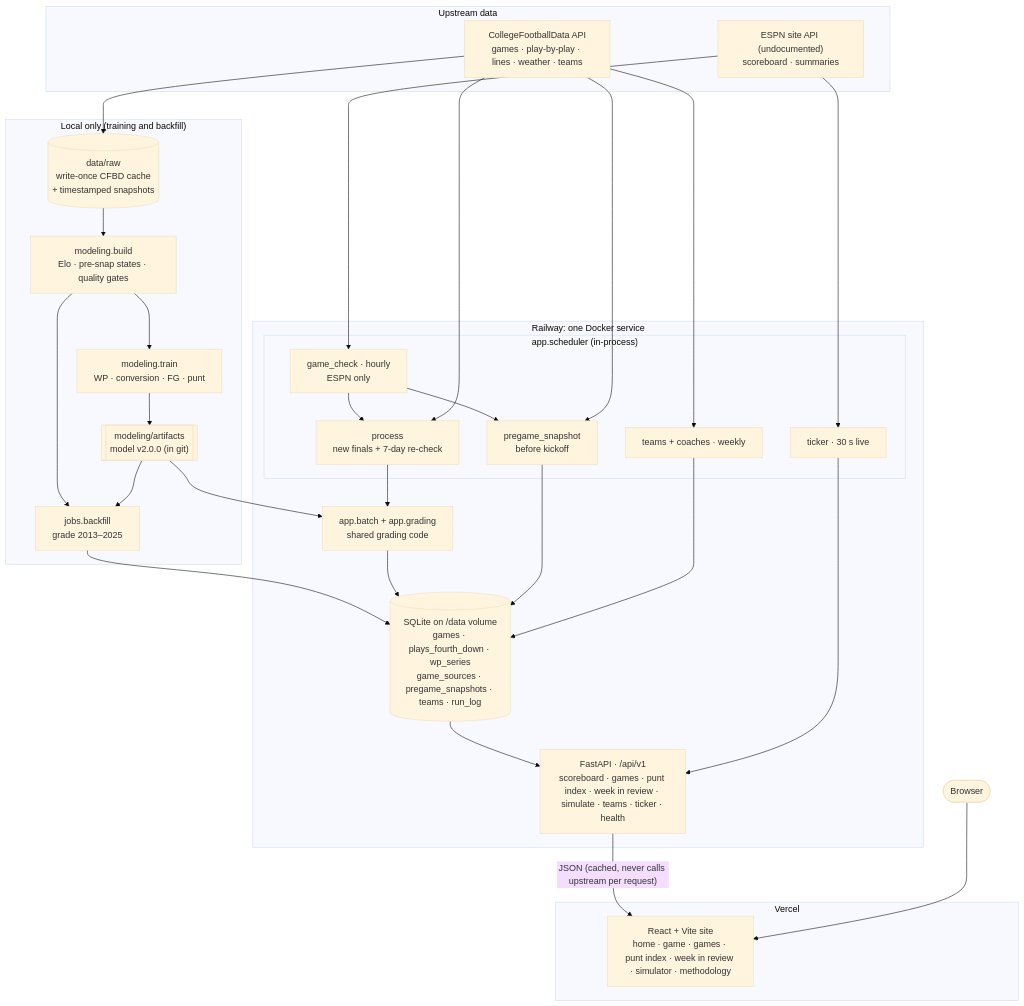
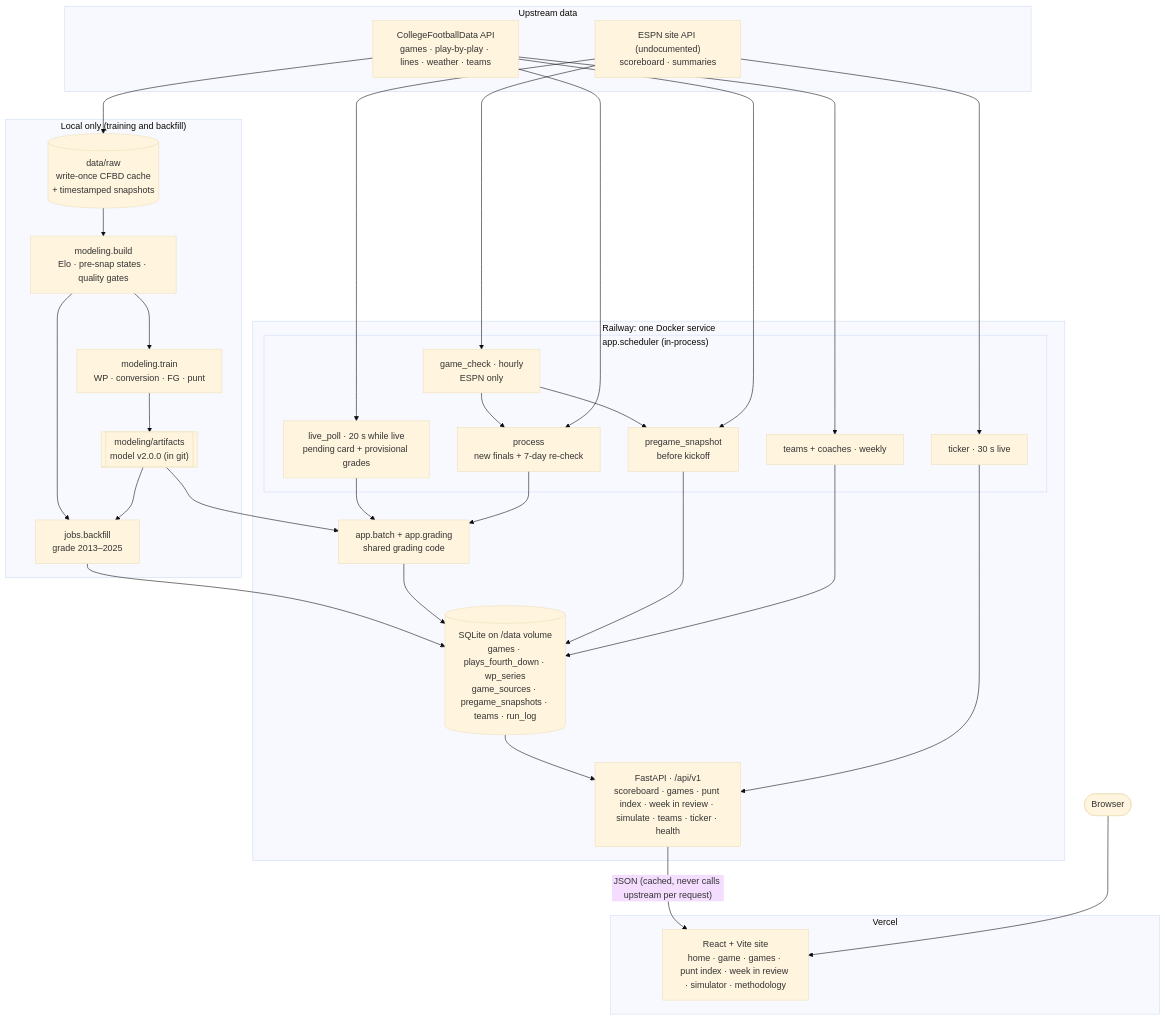
Before and after one commit to lneuendorf/cfb4thdown-v2: the diagram in README.md, drawn with Mermaid (base theme). The commit also changed other lines of this file and 5 other files, not shown here.

First line of the commit message:
docs: document live grading, reconciliation results and Phase 6 status

````diff
--- a/README.md
+++ b/README.md
@@ -9,48 +9,51 @@
 ```mermaid
 flowchart TB
   subgraph upstream["Upstream data"]
     cfbd["CollegeFootballData API<br/>games · play-by-play · lines · weather · teams"]
     espn["ESPN site API (undocumented)<br/>scoreboard · summaries"]
   end
 
   subgraph local["Local only (training and backfill)"]
     raw[("data/raw<br/>write-once CFBD cache<br/>+ timestamped snapshots")]
     build["modeling.build<br/>Elo · pre-snap states · quality gates"]
     train["modeling.train<br/>WP · conversion · FG · punt"]
     artifacts[["modeling/artifacts<br/>model v2.0.0 (in git)"]]
     backfill["jobs.backfill<br/>grade 2013–2025"]
   end
 
   subgraph railway["Railway: one Docker service"]
     subgraph sched["app.scheduler (in-process)"]
       check["game_check · hourly<br/>ESPN only"]
       process["process<br/>new finals + 7-day re-check"]
       pregame["pregame_snapshot<br/>before kickoff"]
       teams["teams + coaches · weekly"]
       ticker["ticker · 30 s live"]
+      livepoll["live_poll · 20 s while live<br/>pending card + provisional grades"]
     end
     grading["app.batch + app.grading<br/>shared grading code"]
     api["FastAPI · /api/v1<br/>scoreboard · games · punt index · week in review · simulate · teams · ticker · health"]
     db[("SQLite on /data volume<br/>games · plays_fourth_down · wp_series<br/>game_sources · pregame_snapshots · teams · run_log")]
   end
 
   subgraph vercel["Vercel"]
     web["React + Vite site<br/>home · game · games · punt index · week in review · simulator · methodology"]
   end
 
   cfbd --> raw --> build --> train --> artifacts
   build --> backfill
   artifacts --> backfill --> db
   espn --> check
   espn --> ticker
+  espn --> livepoll
+  livepoll --> grading
   check --> process & pregame
   cfbd --> process & pregame & teams
   process --> grading
   artifacts --> grading
   grading --> db
   pregame & teams --> db
   db --> api
   ticker --> api
   api -- "JSON (cached, never calls upstream per request)" --> web
   user(["Browser"]) --> web
 ```
````
